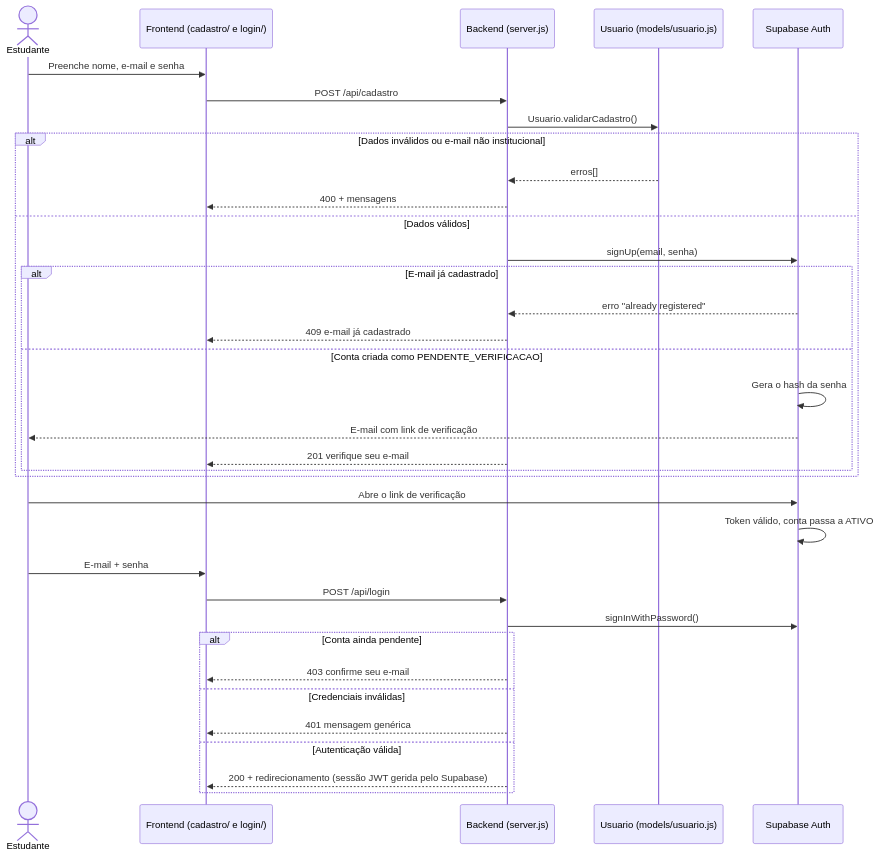
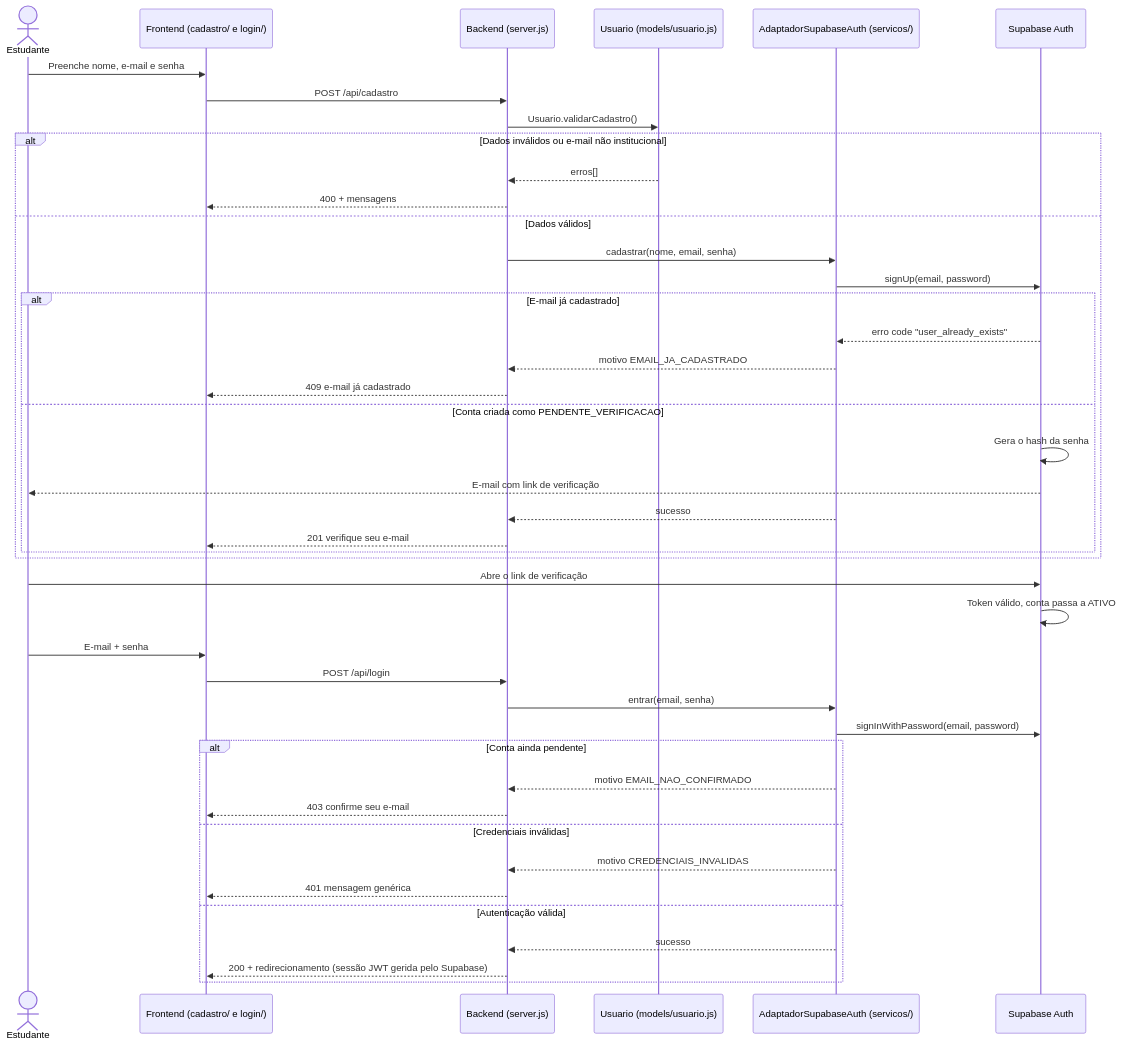
The diagram in docs/modelagem/imagens/03-sequencia-cadastro-login.mmd (pstehling/tp-eng-software), drawn with Mermaid before and after one commit. The commit also changed 14 other files, not shown here.

```diff
--- a/docs/modelagem/imagens/03-sequencia-cadastro-login.mmd
+++ b/docs/modelagem/imagens/03-sequencia-cadastro-login.mmd
@@ -1,40 +1,48 @@
 sequenceDiagram
     actor E as Estudante
     participant UI as Frontend (cadastro/ e login/)
     participant API as Backend (server.js)
     participant M as Usuario (models/usuario.js)
+    participant AD as AdaptadorSupabaseAuth (servicos/)
     participant AUTH as Supabase Auth
 
     E->>UI: Preenche nome, e-mail e senha
     UI->>API: POST /api/cadastro
     API->>M: Usuario.validarCadastro()
 
     alt Dados inválidos ou e-mail não institucional
         M-->>API: erros[]
         API-->>UI: 400 + mensagens
     else Dados válidos
-        API->>AUTH: signUp(email, senha)
+        API->>AD: cadastrar(nome, email, senha)
+        AD->>AUTH: signUp(email, password)
         alt E-mail já cadastrado
-            AUTH-->>API: erro "already registered"
+            AUTH-->>AD: erro code "user_already_exists"
+            AD-->>API: motivo EMAIL_JA_CADASTRADO
             API-->>UI: 409 e-mail já cadastrado
         else Conta criada como PENDENTE_VERIFICACAO
             AUTH->>AUTH: Gera o hash da senha
             AUTH-->>E: E-mail com link de verificação
+            AD-->>API: sucesso
             API-->>UI: 201 verifique seu e-mail
         end
     end
 
     E->>AUTH: Abre o link de verificação
     AUTH->>AUTH: Token válido, conta passa a ATIVO
 
     E->>UI: E-mail + senha
     UI->>API: POST /api/login
-    API->>AUTH: signInWithPassword()
+    API->>AD: entrar(email, senha)
+    AD->>AUTH: signInWithPassword(email, password)
 
     alt Conta ainda pendente
+        AD-->>API: motivo EMAIL_NAO_CONFIRMADO
         API-->>UI: 403 confirme seu e-mail
     else Credenciais inválidas
+        AD-->>API: motivo CREDENCIAIS_INVALIDAS
         API-->>UI: 401 mensagem genérica
     else Autenticação válida
+        AD-->>API: sucesso
         API-->>UI: 200 + redirecionamento (sessão JWT gerida pelo Supabase)
     end
```
